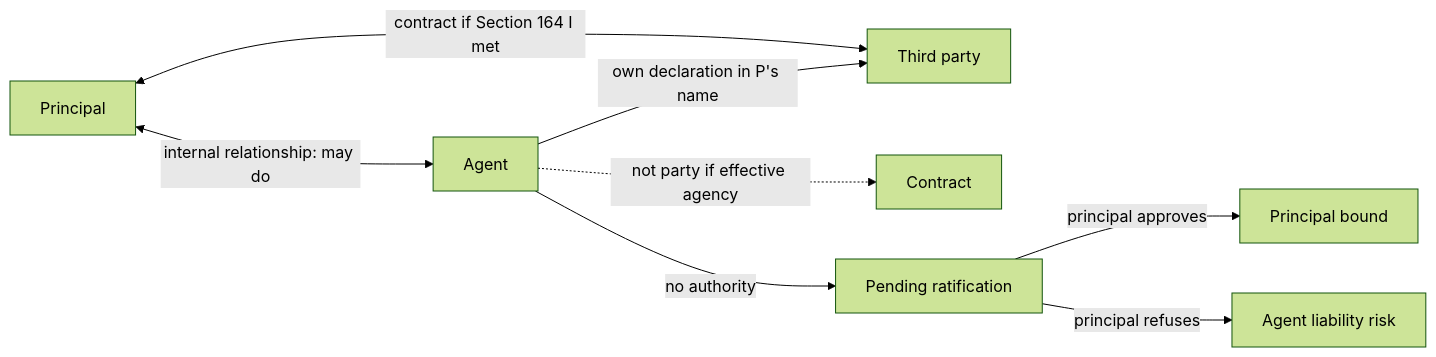
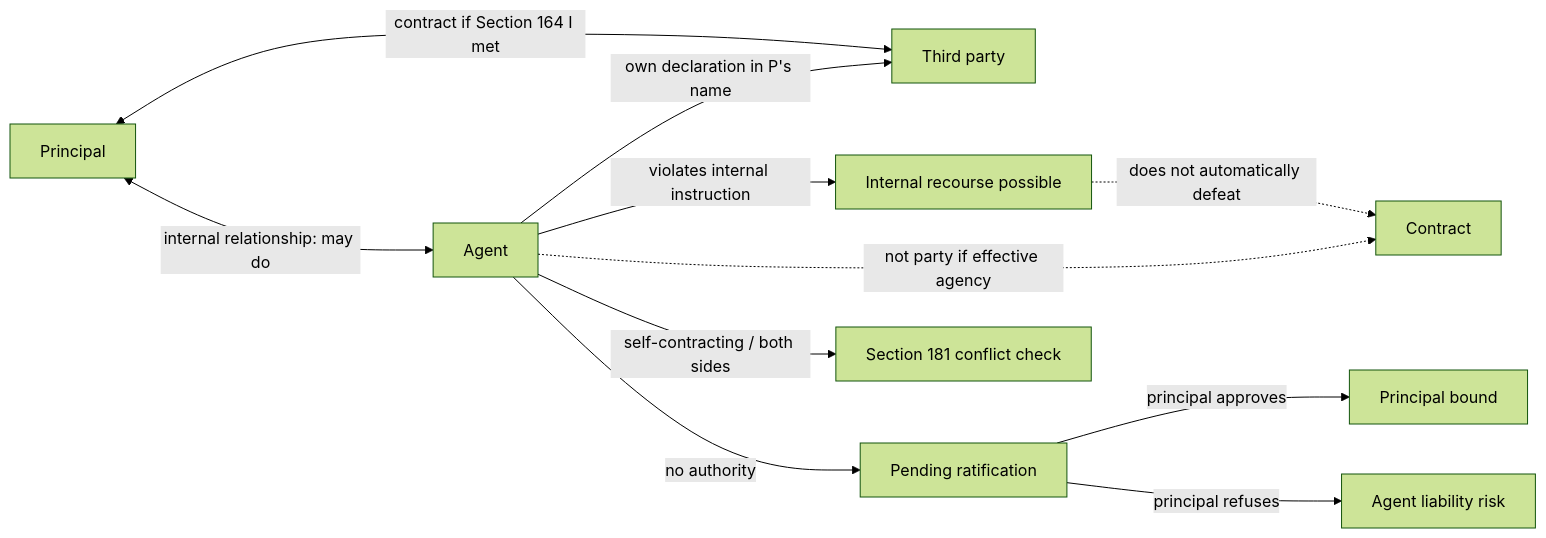
The diagram in business-law/wiki/week-07-agency/CONTEXT.md (aerkn1/TUM-semester-2), drawn with Mermaid (forest theme) before and after one commit. The commit also changed other lines of this file and 28 other files, not shown here.

````diff
--- a/business-law/wiki/week-07-agency/CONTEXT.md
+++ b/business-law/wiki/week-07-agency/CONTEXT.md
@@ -102,10 +114,13 @@
 ```mermaid
 flowchart LR
     P[Principal] <-->|internal relationship: may do| A[Agent]
     A -->|own declaration in P's name| T[Third party]
     P <-->|contract if Section 164 I met| T
     A -.->|not party if effective agency| Contract[Contract]
+    A -->|violates internal instruction| Internal[Internal recourse possible]
+    Internal -.->|does not automatically defeat| Contract
     A -->|no authority| Pending[Pending ratification]
     Pending -->|principal approves| PT[Principal bound]
     Pending -->|principal refuses| Liability[Agent liability risk]
+    A -->|self-contracting / both sides| S181[Section 181 conflict check]
 ```
````
